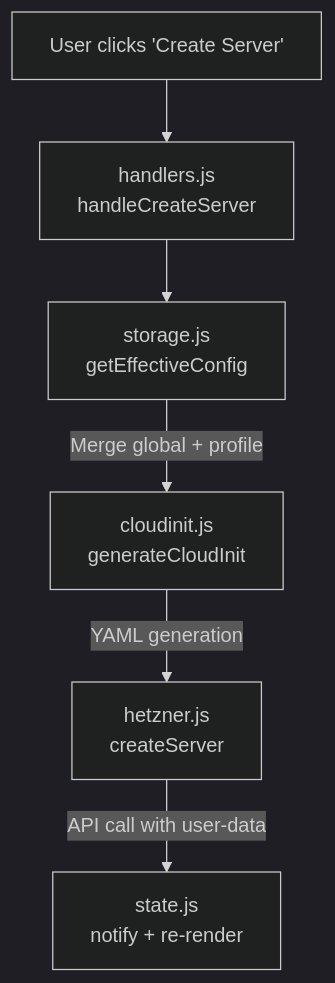
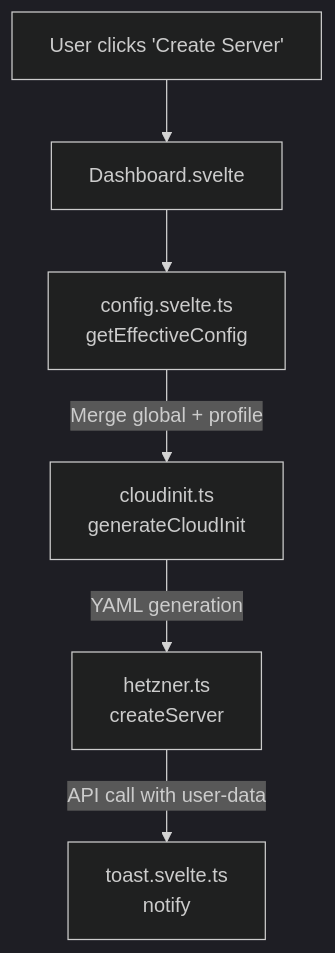
Before and after one commit to HenkVanMaanen/devbox: the second of 5 diagrams in docs/architecture.md, drawn with Mermaid (dark theme). The commit also changed other lines of this file and 40 other files, not shown here.

````diff
--- a/docs/architecture.md
+++ b/docs/architecture.md
@@ -69,8 +73,8 @@
 ```mermaid
 flowchart TD
-    A["User clicks 'Create Server'"] --> B["handlers.js<br/>handleCreateServer"]
-    B --> C["storage.js<br/>getEffectiveConfig"]
-    C -->|"Merge global + profile"| D["cloudinit.js<br/>generateCloudInit"]
-    D -->|"YAML generation"| E["hetzner.js<br/>createServer"]
-    E -->|"API call with user-data"| F["state.js<br/>notify + re-render"]
+    A["User clicks 'Create Server'"] --> B["Dashboard.svelte"]
+    B --> C["config.svelte.ts<br/>getEffectiveConfig"]
+    C -->|"Merge global + profile"| D["cloudinit.ts<br/>generateCloudInit"]
+    D -->|"YAML generation"| E["hetzner.ts<br/>createServer"]
+    E -->|"API call with user-data"| F["toast.svelte.ts<br/>notify"]
 ```
````
